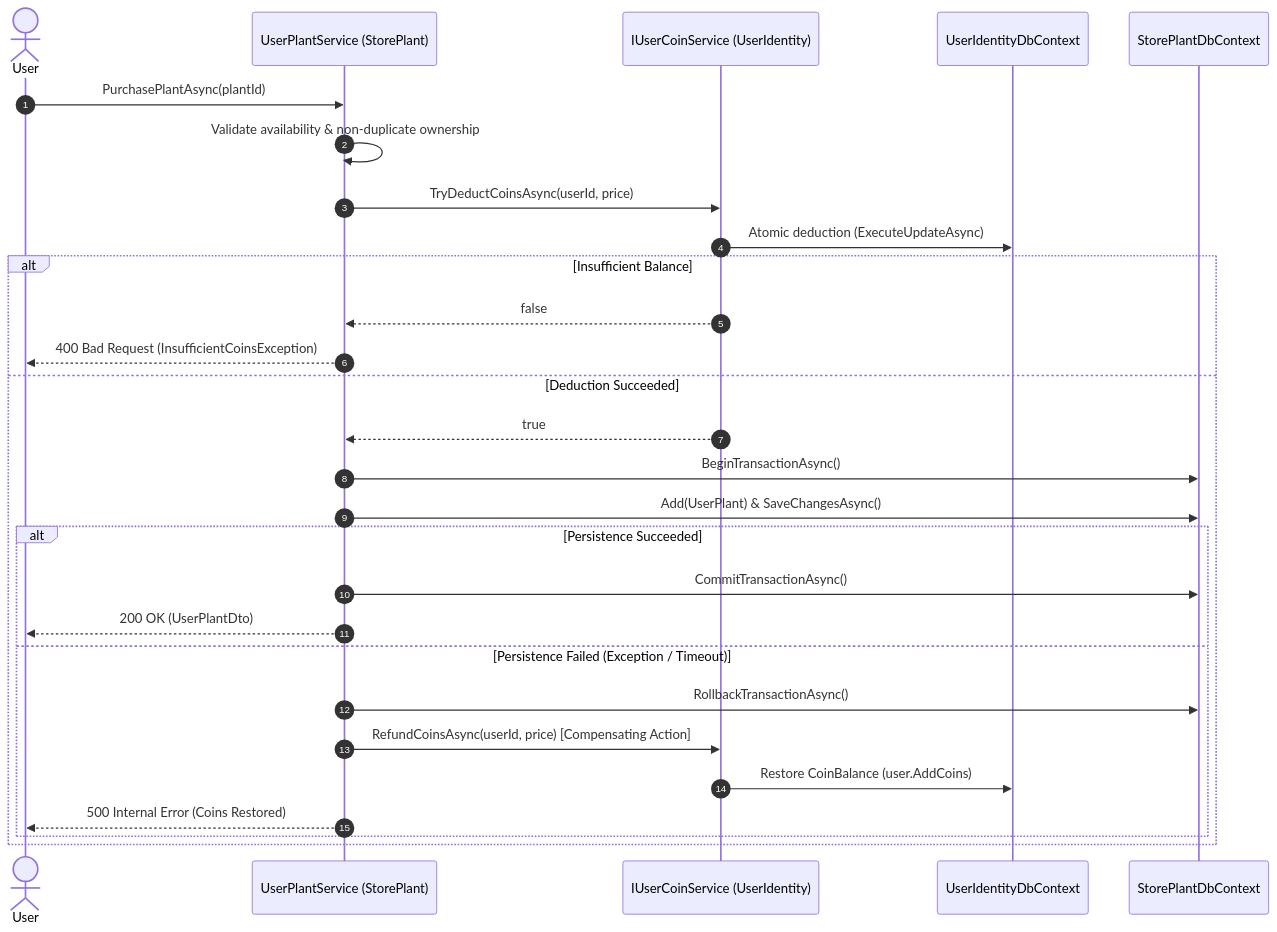
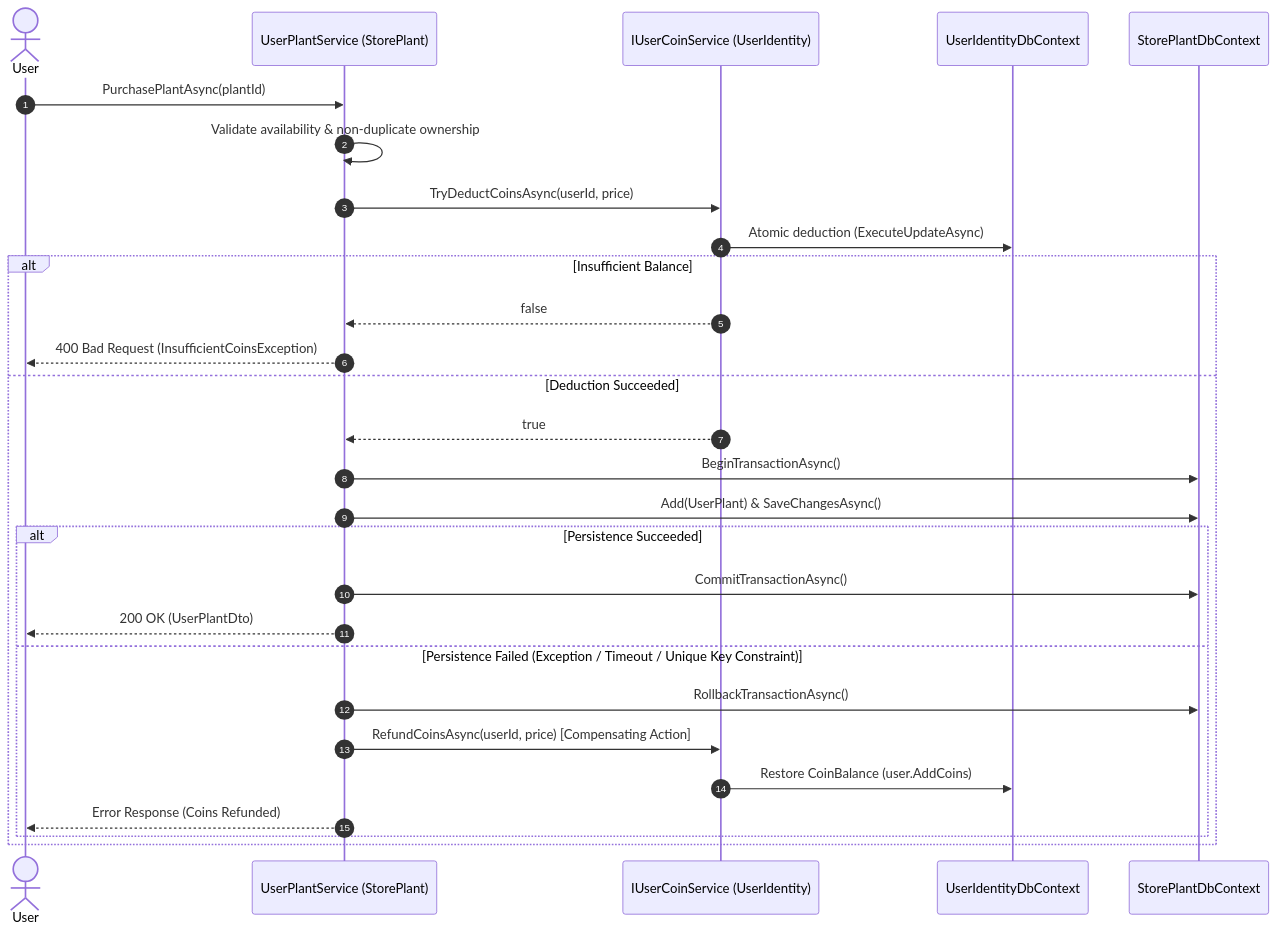
Before and after one commit to hassans22hh-ship-it/SunbulaGraduationProject: the second of 3 diagrams in README.md, drawn with Mermaid. The commit also changed other lines of this file, not shown here.

````diff
--- a/README.md
+++ b/README.md
@@ -136,31 +137,31 @@
 ```mermaid
 sequenceDiagram
     autonumber
     actor User
     participant StorePlant as UserPlantService (StorePlant)
     participant CoinService as IUserCoinService (UserIdentity)
     participant UserDB as UserIdentityDbContext
     participant PlantDB as StorePlantDbContext
 
     User->>StorePlant: PurchasePlantAsync(plantId)
     StorePlant->>StorePlant: Validate availability & non-duplicate ownership
     StorePlant->>CoinService: TryDeductCoinsAsync(userId, price)
     CoinService->>UserDB: Atomic deduction (ExecuteUpdateAsync)
     alt Insufficient Balance
         CoinService-->>StorePlant: false
         StorePlant-->>User: 400 Bad Request (InsufficientCoinsException)
     else Deduction Succeeded
         CoinService-->>StorePlant: true
         StorePlant->>PlantDB: BeginTransactionAsync()
         StorePlant->>PlantDB: Add(UserPlant) & SaveChangesAsync()
         alt Persistence Succeeded
             StorePlant->>PlantDB: CommitTransactionAsync()
             StorePlant-->>User: 200 OK (UserPlantDto)
-        else Persistence Failed (Exception / Timeout)
+        else Persistence Failed (Exception / Timeout / Unique Key Constraint)
             StorePlant->>PlantDB: RollbackTransactionAsync()
             StorePlant->>CoinService: RefundCoinsAsync(userId, price) [Compensating Action]
             CoinService->>UserDB: Restore CoinBalance (user.AddCoins)
-            StorePlant-->>User: 500 Internal Error (Coins Restored)
+            StorePlant-->>User: Error Response (Coins Refunded)
         end
     end
 ```
````
